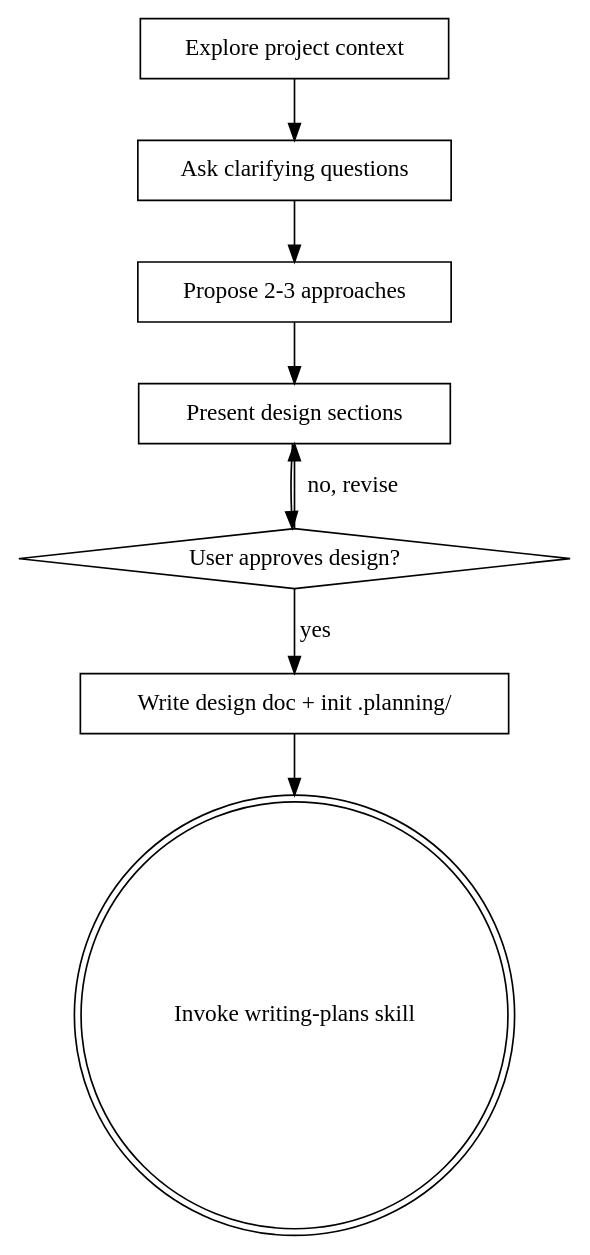
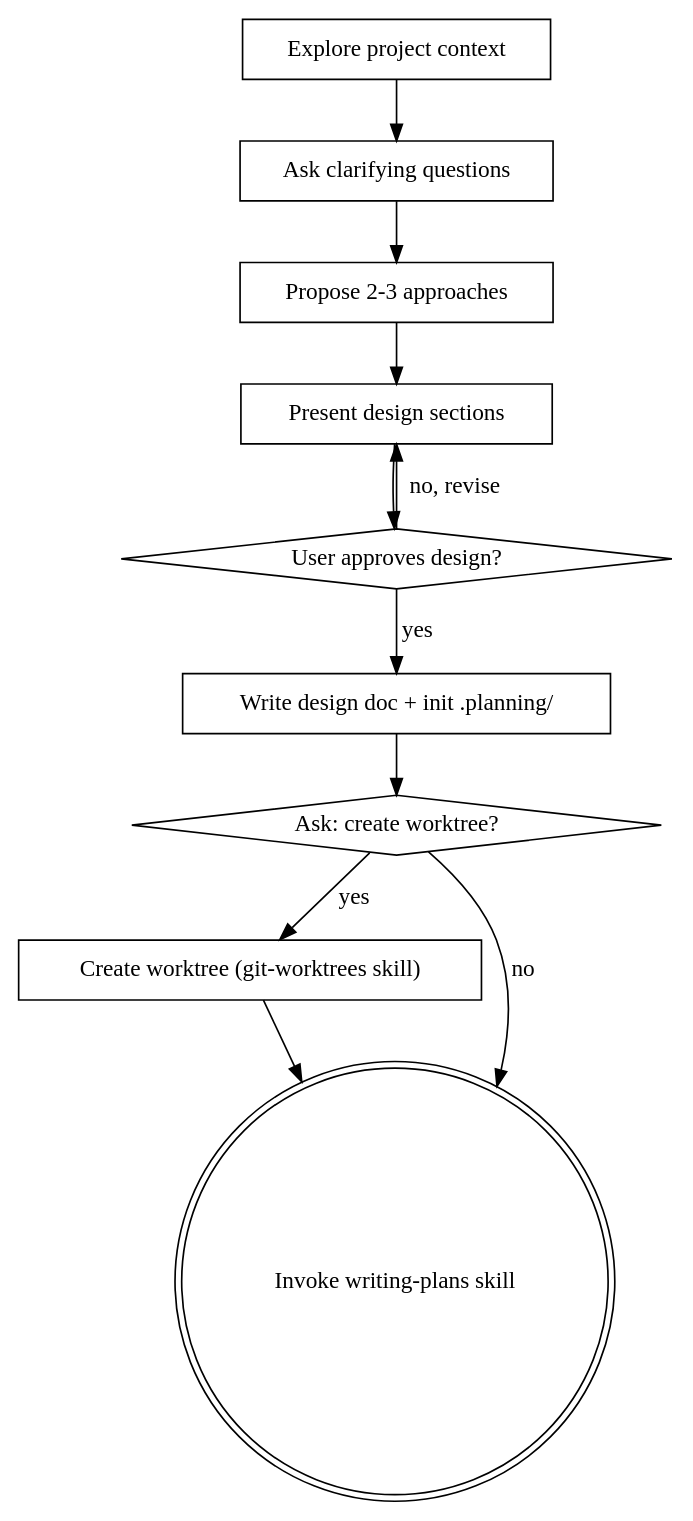
One commit to SipengXie2024/superpower-planning changed the diagram in skills/brainstorming/SKILL.md. Above: the diagram before and after it, drawn with Graphviz. The commit also changed other lines of this file and 14 other files, not shown here.

````diff
--- a/skills/brainstorming/SKILL.md
+++ b/skills/brainstorming/SKILL.md
@@ -35,19 +36,24 @@
 ```dot
 digraph brainstorming {
     "Explore project context" [shape=box];
     "Ask clarifying questions" [shape=box];
     "Propose 2-3 approaches" [shape=box];
     "Present design sections" [shape=box];
     "User approves design?" [shape=diamond];
     "Write design doc + init .planning/" [shape=box];
+    "Ask: create worktree?" [shape=diamond];
+    "Create worktree (git-worktrees skill)" [shape=box];
     "Invoke writing-plans skill" [shape=doublecircle];
 
     "Explore project context" -> "Ask clarifying questions";
     "Ask clarifying questions" -> "Propose 2-3 approaches";
     "Propose 2-3 approaches" -> "Present design sections";
     "Present design sections" -> "User approves design?";
     "User approves design?" -> "Present design sections" [label="no, revise"];
     "User approves design?" -> "Write design doc + init .planning/" [label="yes"];
-    "Write design doc + init .planning/" -> "Invoke writing-plans skill";
+    "Write design doc + init .planning/" -> "Ask: create worktree?";
+    "Ask: create worktree?" -> "Create worktree (git-worktrees skill)" [label="yes"];
+    "Ask: create worktree?" -> "Invoke writing-plans skill" [label="no"];
+    "Create worktree (git-worktrees skill)" -> "Invoke writing-plans skill";
 }
 ```
````
